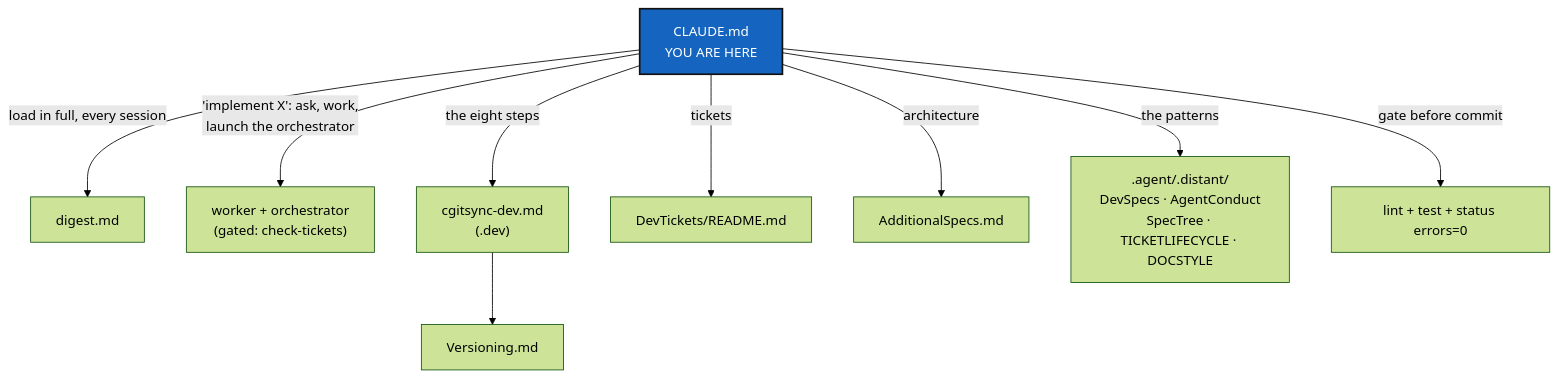
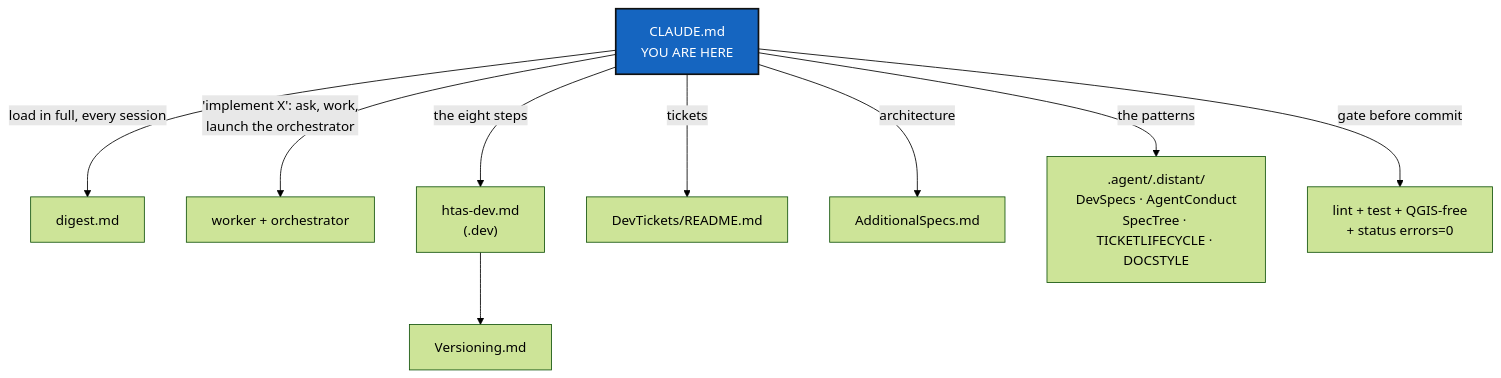
Before and after one commit to flipoyo/.claude: the diagram in CLAUDE.md, drawn with Mermaid (forest theme). The commit also changed other lines of this file and 1 other file, not shown here.

````diff
--- a/CLAUDE.md
+++ b/CLAUDE.md
@@ -35,14 +33,14 @@
 ```mermaid
 graph TD
     CLAUDE["CLAUDE.md<br/>YOU ARE HERE"] -->|"load in full, every session"| DIGEST["digest.md"]
-    CLAUDE -->|"'implement X': ask, work,<br/>launch the orchestrator"| PAIR["worker + orchestrator<br/>(gated: check-tickets)"]
-    CLAUDE -->|"the eight steps"| DEV["cgitsync-dev.md<br/>(.dev)"]
+    CLAUDE -->|"'implement X': ask, work,<br/>launch the orchestrator"| PAIR["worker + orchestrator"]
+    CLAUDE -->|"the eight steps"| DEV["htas-dev.md<br/>(.dev)"]
     DEV --> VER["Versioning.md"]
     CLAUDE -->|"tickets"| TK["DevTickets/README.md"]
     CLAUDE -->|"architecture"| SPEC["AdditionalSpecs.md"]
     CLAUDE -->|"the patterns"| DIST[".agent/.distant/<br/>DevSpecs · AgentConduct<br/>SpecTree · TICKETLIFECYCLE · DOCSTYLE"]
-    CLAUDE -->|"gate before commit"| CI["lint + test + status errors=0"]
+    CLAUDE -->|"gate before commit"| CI["lint + test + QGIS-free<br/>+ status errors=0"]
 
     classDef here fill:#1565C0,color:#fff,stroke:#111,stroke-width:2px;
     class CLAUDE here;
 ```
````
